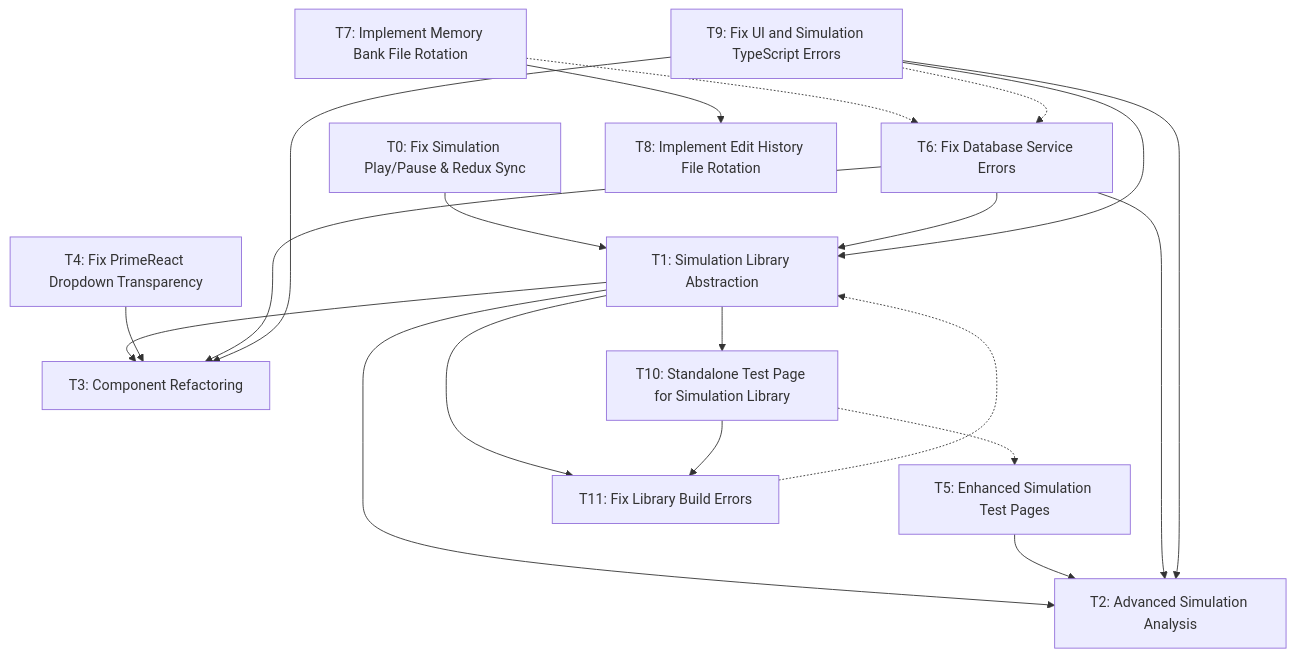
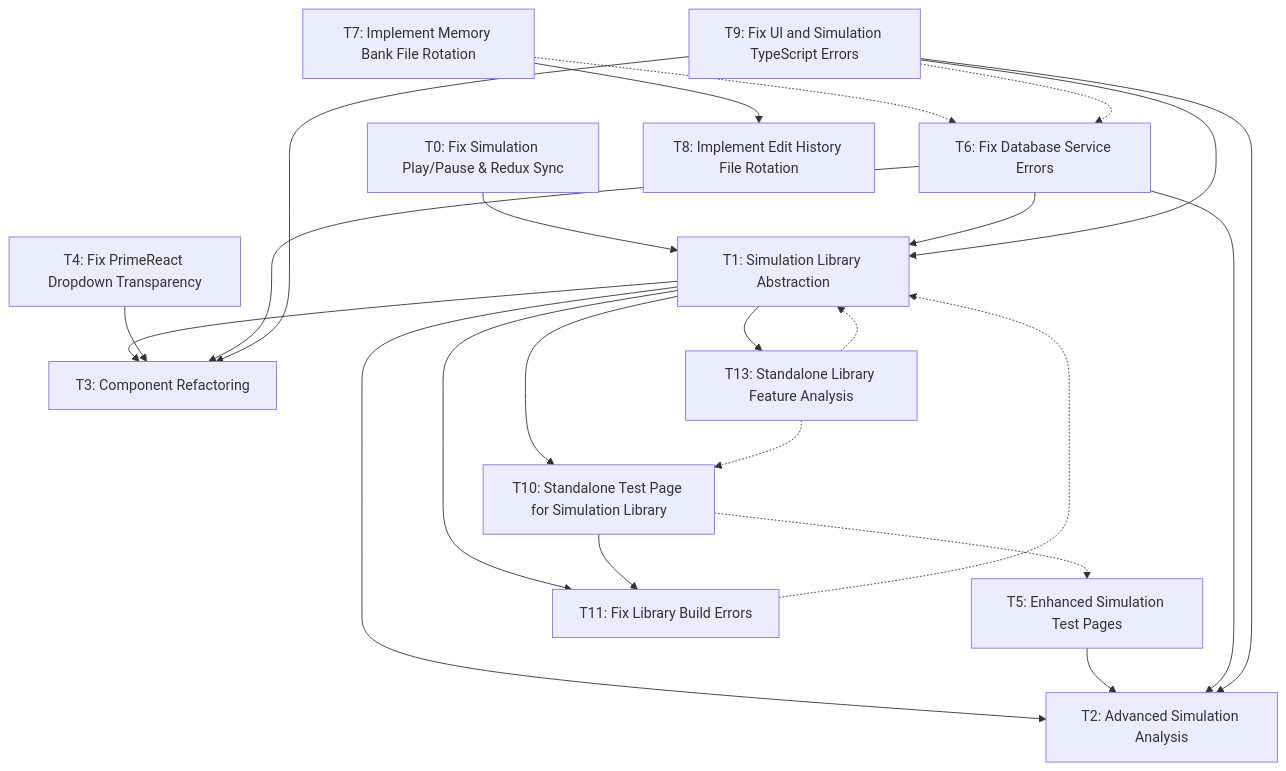
Before and after one commit to space-cadet/spin_network_app: the diagram in memory-bank/tasks.md, drawn with Mermaid. The commit also changed other lines of this file and 6 other files, not shown here.

````diff
--- a/memory-bank/tasks.md
+++ b/memory-bank/tasks.md
@@ -363,35 +394,39 @@
 ```mermaid
 graph TD
     T1[T1: Simulation Library Abstraction]
     T2[T2: Advanced Simulation Analysis]
     T3[T3: Component Refactoring]
     T0[T0: Fix Simulation Play/Pause & Redux Sync]
     T4[T4: Fix PrimeReact Dropdown Transparency]
     T5[T5: Enhanced Simulation Test Pages]
     T6[T6: Fix Database Service Errors]
     T7[T7: Implement Memory Bank File Rotation]
     T8[T8: Implement Edit History File Rotation]
     T9[T9: Fix UI and Simulation TypeScript Errors]
     T10[T10: Standalone Test Page for Simulation Library]
     T11[T11: Fix Library Build Errors]
+    T13[T13: Standalone Library Feature Analysis]
     
     T0 --> T1
     T1 --> T2
     T1 --> T3
     T1 --> T10
     T1 --> T11
+    T1 --> T13
     T4 --> T3
     T5 --> T2
     T6 --> T1
     T6 --> T2
     T6 --> T3
     T7 -.-> T6
     T7 --> T8
     T9 --> T1
     T9 --> T2
     T9 --> T3
     T9 -.-> T6
     T10 -.-> T5
     T10 --> T11
     T11 -.-> T1
+    T13 -.-> T1
+    T13 -.-> T10
 ```
````
